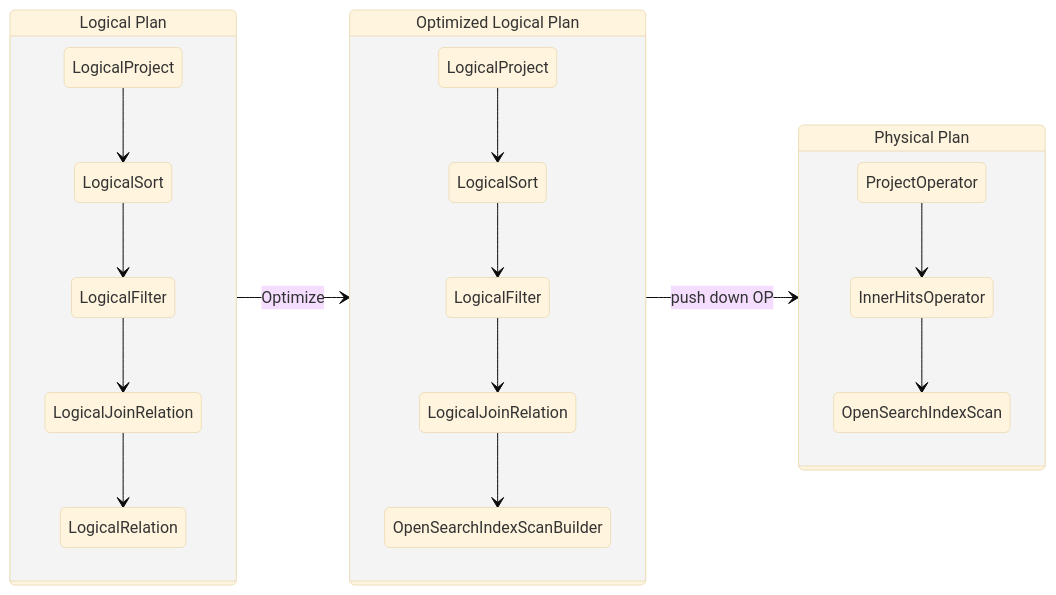
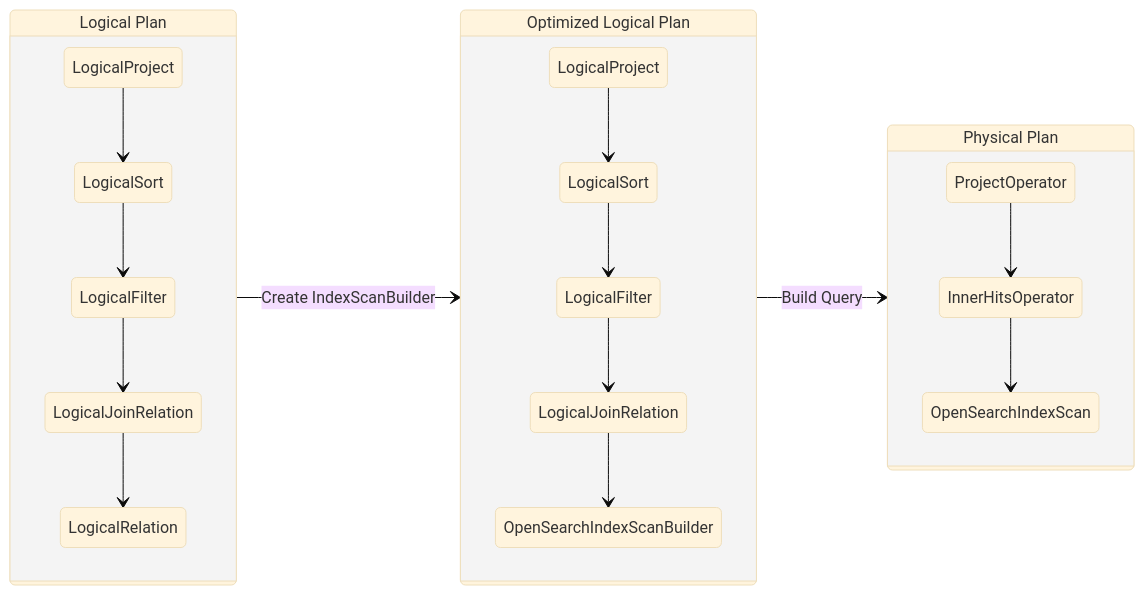
One commit to Bit-Quill/opensearch-project-sql changed the first of 8 diagrams in docs/dev/opensearch-same-table-join-query.md. Above: the diagram before and after it, drawn with Mermaid (base theme). The commit also changed other lines of this file and 1 other file, not shown here.

````diff
--- a/docs/dev/opensearch-same-table-join-query.md
+++ b/docs/dev/opensearch-same-table-join-query.md
@@ -985,44 +968,44 @@
 ```mermaid
 stateDiagram-v2
 direction LR
-    LogicalPlan --> OptimizedLogicalPlan: Optimize
-    OptimizedLogicalPlan --> PhysicalPlan: push down OP
+    LogicalPlan --> OptimizedLogicalPlan: Create IndexScanBuilder
+    OptimizedLogicalPlan --> PhysicalPlan: Build Query
 
     state "Logical Plan" as LogicalPlan
     state LogicalPlan {
         logState1: LogicalProject
         logState2: LogicalSort
         logState3: LogicalFilter
         logState4: LogicalJoinRelation
         logState5: LogicalRelation
 
         logState1 --> logState2
         logState2 --> logState3
         logState3 --> logState4
         logState4 --> logState5
     }
 
     state "Optimized Logical Plan" as OptimizedLogicalPlan
     state OptimizedLogicalPlan {
         optState1: LogicalProject
         optState2: LogicalSort
         optState3: LogicalFilter
         optState4: LogicalJoinRelation
         optState5: OpenSearchIndexScanBuilder
 
         optState1 --> optState2
         optState2 --> optState3
         optState3 --> optState4
         optState4 --> optState5
     }
 
     state "Physical Plan" as PhysicalPlan
     state PhysicalPlan {
         phyState1: ProjectOperator
         phyState2: InnerHitsOperator
         phyState3: OpenSearchIndexScan
 
         phyState1 --> phyState2
         phyState2 --> phyState3
     }
 ```
````
